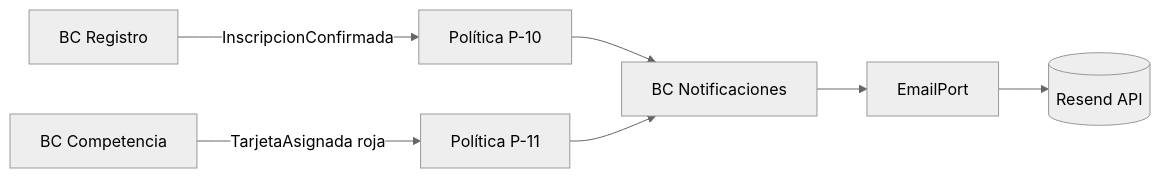
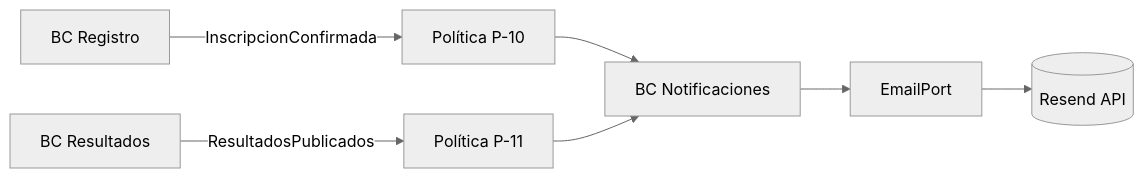
One commit to vvalotto/ataraxiadive changed the first of 4 diagrams in docs/design/notificaciones.md. Above: the diagram before and after it, drawn with Mermaid (neutral theme). The commit also changed other lines of this file, not shown here.

Commit message:
fix(docs): corregir trigger de P-11 en notificaciones.md
P-11 escucha ResultadosPublicados (BC Resultados), no TarjetaAsignada
(BC Competencia). Corregido en diagrama Mermaid y tabla de políticas.

````diff
--- a/docs/design/notificaciones.md
+++ b/docs/design/notificaciones.md
@@ -16,9 +16,9 @@
 ```mermaid
 graph LR
     R[BC Registro] -- InscripcionConfirmada --> P10[Política P-10]
-    C[BC Competencia] -- TarjetaAsignada roja --> P11[Política P-11]
+    RES[BC Resultados] -- ResultadosPublicados --> P11[Política P-11]
     P10 --> N[BC Notificaciones]
     P11 --> N
     N --> E[EmailPort]
     E --> Resend[(Resend API)]
 ```
````
